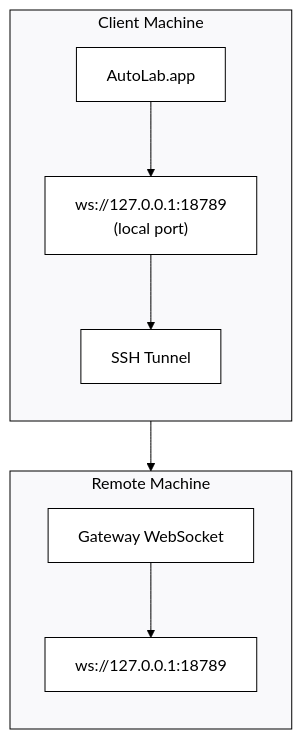
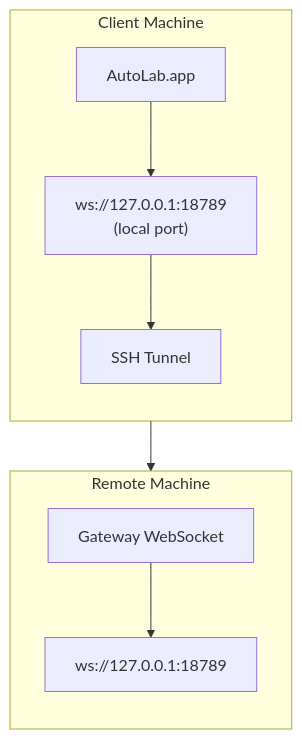
The diagram in docs/gateway/remote-gateway-readme.md (dvallier-ai/autolab-public), drawn with Mermaid before and after one commit. The commit also changed 3318 other files, not shown here.

````diff
--- a/docs/gateway/remote-gateway-readme.md
+++ b/docs/gateway/remote-gateway-readme.md
@@ -13,36 +13,20 @@
 ```mermaid
-%%{init: {
-  'theme': 'base',
-  'themeVariables': {
-    'primaryColor': '#ffffff',
-    'primaryTextColor': '#000000',
-    'primaryBorderColor': '#000000',
-    'lineColor': '#000000',
-    'secondaryColor': '#f9f9fb',
-    'tertiaryColor': '#ffffff',
-    'clusterBkg': '#f9f9fb',
-    'clusterBorder': '#000000',
-    'nodeBorder': '#000000',
-    'mainBkg': '#ffffff',
-    'edgeLabelBackground': '#ffffff'
-  }
-}}%%
 flowchart TB
     subgraph Client["Client Machine"]
         direction TB
         A["AutoLab.app"]
         B["ws://127.0.0.1:18789\n(local port)"]
         T["SSH Tunnel"]
 
         A --> B
         B --> T
     end
     subgraph Remote["Remote Machine"]
         direction TB
         C["Gateway WebSocket"]
         D["ws://127.0.0.1:18789"]
 
         C --> D
     end
     T --> C
 ```
````
